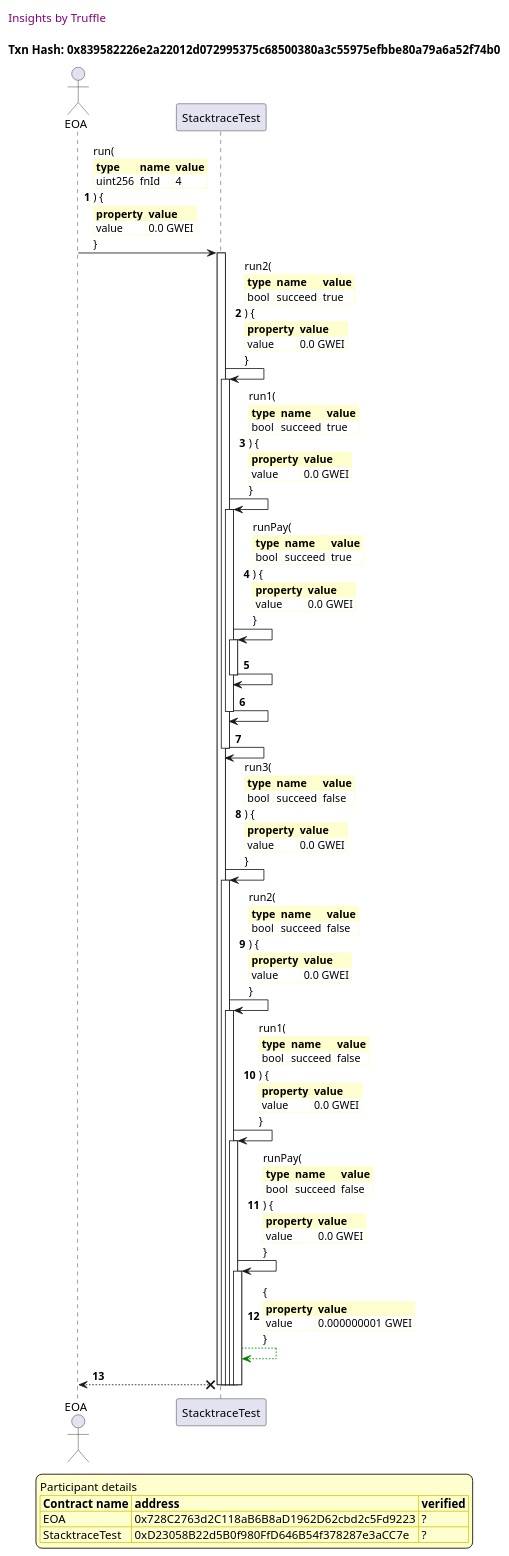
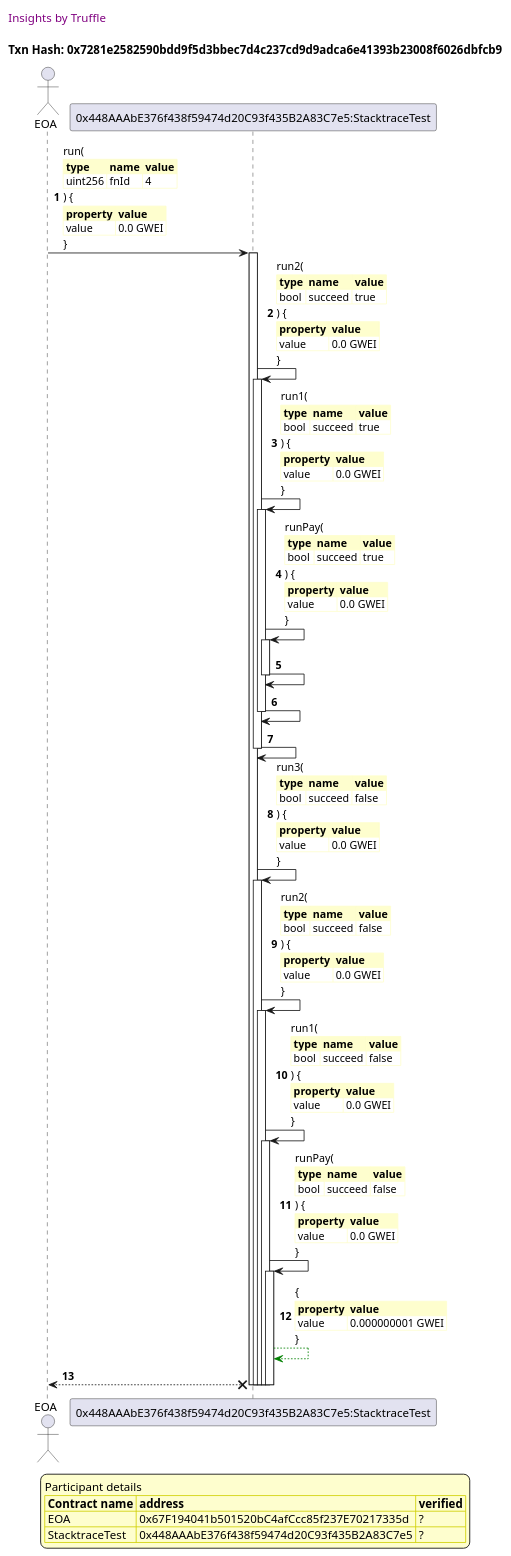
One commit to trufflesuite/txlog-seedlings changed the eighth of 11 diagrams in truffle-seq/stacktrace.test.md. Above: the diagram before and after it, drawn with PlantUML. The commit also changed other lines of this file and 3 other files, not shown here.

```diff
--- a/truffle-seq/stacktrace.test.md
+++ b/truffle-seq/stacktrace.test.md
@@ -529,12 +529,12 @@
 
 header Insights by Truffle
 
-title Txn Hash: 0x839582226e2a22012d072995375c68500380a3c55975efbbe80a79a6a52f74b0
+title Txn Hash: 0x7281e2582590bdd9f5d3bbec7d4c237cd9d9adca6e41393b23008f6026dbfcb9
 
 
 actor EOA as "EOA"
 
-participant StacktraceTest as "StacktraceTest"
+participant StacktraceTest as "0x448AAAbE376f438f59474d20C93f435B2A83C7e5:StacktraceTest"
 
 "EOA" -> "StacktraceTest" ++: run(\n\
 <#FEFECE,#FEFECE>|= type |= name |= value |\n\
@@ -623,8 +623,8 @@
 legend
 Participant details
 <#FEFECE,#D0D000>|= Contract name |= address |= verified |
-<#FEFECE>| EOA | 0x728C2763d2C118aB6B8aD1962D62cbd2c5Fd9223 | ? |
-<#FEFECE>| StacktraceTest | 0xD23058B22d5B0f980FfD646B54f378287e3aCC7e | ? |
+<#FEFECE>| EOA | 0x67F194041b501520bC4afCcc85f237E70217335d | ? |
+<#FEFECE>| StacktraceTest | 0x448AAAbE376f438f59474d20C93f435B2A83C7e5 | ? |
 endlegend
 
 
```
